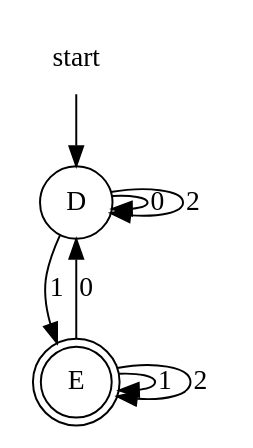
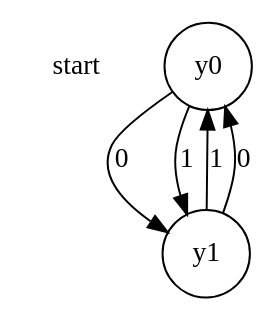
The diagram in stijn/automaton1.gv (evertheylen/TA_TO), drawn with Graphviz before and after one commit. The commit also changed 16 other files, not shown here.

```diff
--- a/stijn/automaton1.gv
+++ b/stijn/automaton1.gv
@@ -1,12 +1,9 @@
 digraph automaton1 {
 	node [shape=none]; start;
-	node [shape=doublecircle]; E;
+	node [shape=doublecircle];
 	node [shape=circle];
-	start -> D;
-	D -> D [label=0];
-	D -> E [label=1];
-	D -> D [label=2];
-	E -> D [label=0];
-	E -> E [label=1];
-	E -> E [label=2];
+	y0 -> y1 [label=0];
+	y0 -> y1 [label=1];
+	y1 -> y0 [label=1];
+	y1 -> y0 [label=0];
 }
```
